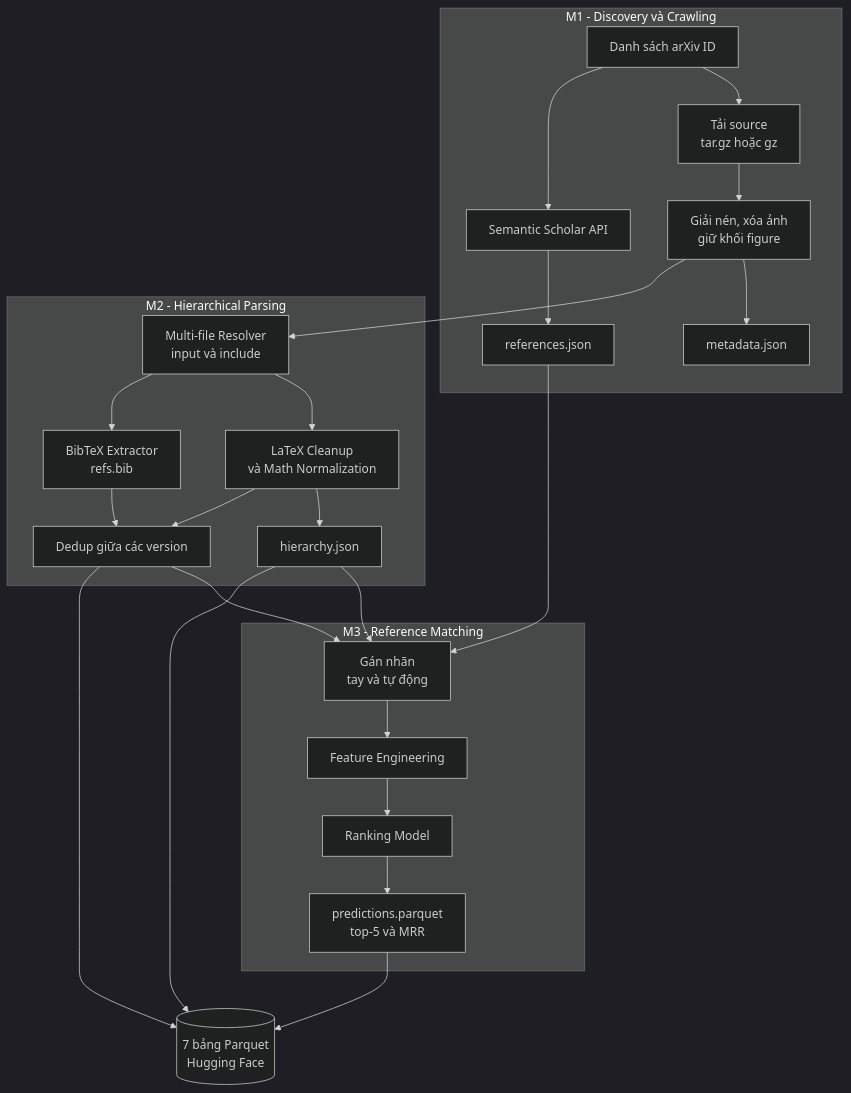
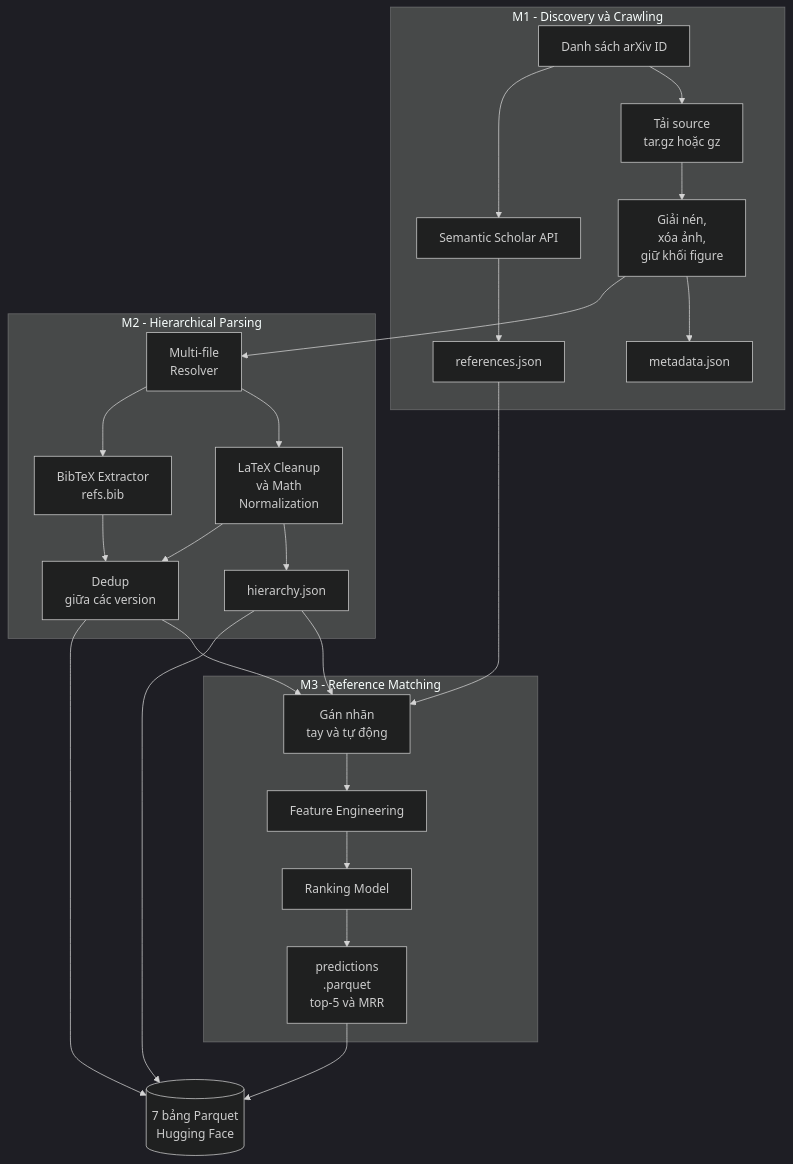
One commit to tkiet06-us/Intro2DS---ArXiv-Project changed the diagram in README.md. Above: the diagram before and after it, drawn with Mermaid (dark theme).

Commit message:
P1-01: create Github repo and project framework

````diff
--- a/README.md
+++ b/README.md
@@ -69,29 +69,29 @@
 ```mermaid
 flowchart TD
     subgraph M1["M1 - Discovery và Crawling"]
         A["Danh sách arXiv ID"] --> B["Tải source<br/>tar.gz hoặc gz"]
-        B --> C["Giải nén, xóa ảnh<br/>giữ khối figure"]
+        B --> C["Giải nén,<br/>xóa ảnh,<br/>giữ khối figure"]
         C --> D["metadata.json"]
         A --> E["Semantic Scholar API"]
         E --> F["references.json"]
     end
     subgraph M2["M2 - Hierarchical Parsing"]
-        C --> G["Multi-file Resolver<br/>input và include"]
-        G --> H["LaTeX Cleanup<br/>và Math Normalization"]
+        C --> G["Multi-file<br/>Resolver"]
+        G --> H["LaTeX Cleanup<br/>và Math<br/>Normalization"]
         H --> I["hierarchy.json"]
         G --> J["BibTeX Extractor<br/>refs.bib"]
-        H --> K["Dedup giữa các version"]
+        H --> K["Dedup<br/>giữa các version"]
         J --> K
     end
     subgraph M3["M3 - Reference Matching"]
         I --> L["Gán nhãn<br/>tay và tự động"]
         K --> L
         F --> L
         L --> FE["Feature Engineering"]
         FE --> RM["Ranking Model"]
-        RM --> PR["predictions.parquet<br/>top-5 và MRR"]
+        RM --> PR["predictions<br/>.parquet<br/>top-5 và MRR"]
     end
     PR --> HF[("7 bảng Parquet<br/>Hugging Face")]
     K --> HF
     I --> HF
 ```
````
